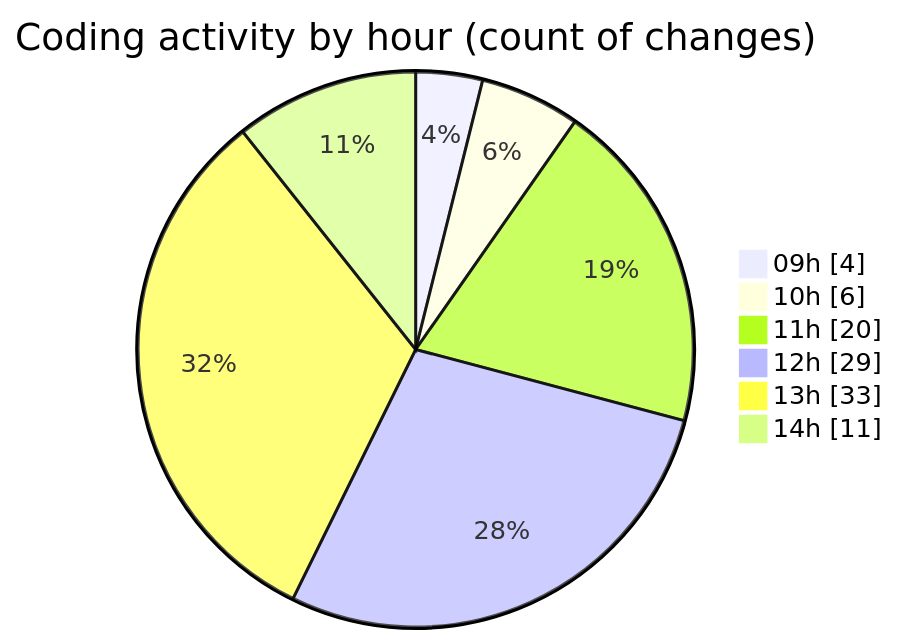
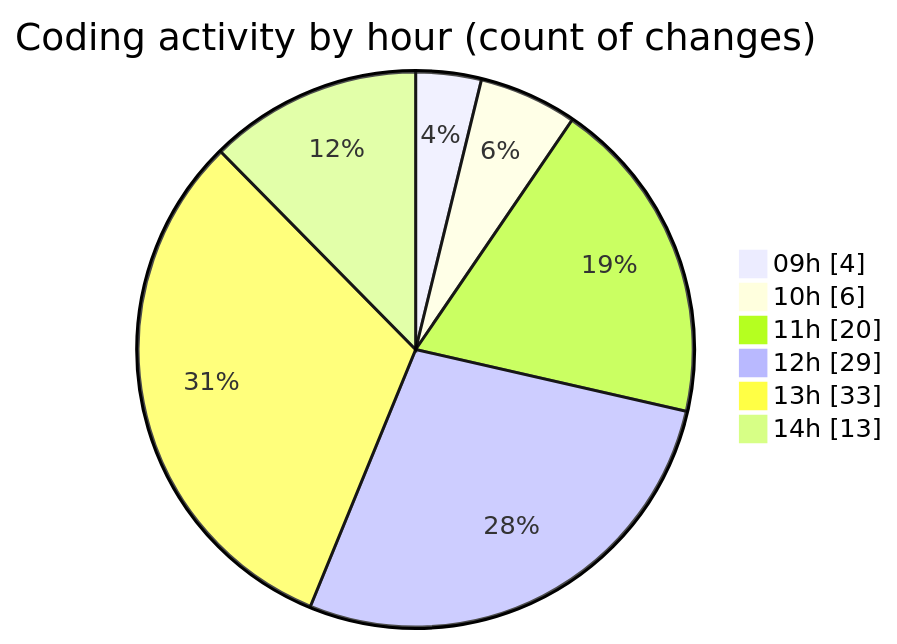
The second of 2 diagrams in 2025-05-29/cda/README.md (momahboobian/code-tracking), drawn with Mermaid before and after one commit. The commit also changed other lines of this file and 1 other file, not shown here.

````diff
--- a/2025-05-29/cda/README.md
+++ b/2025-05-29/cda/README.md
@@ -40,10 +40,10 @@
 ```mermaid
 pie showData
 title Coding activity by hour (count of changes)
 "09h" : 4
 "10h" : 6
 "11h" : 20
 "12h" : 29
 "13h" : 33
-"14h" : 11
+"14h" : 13
 ```
````
